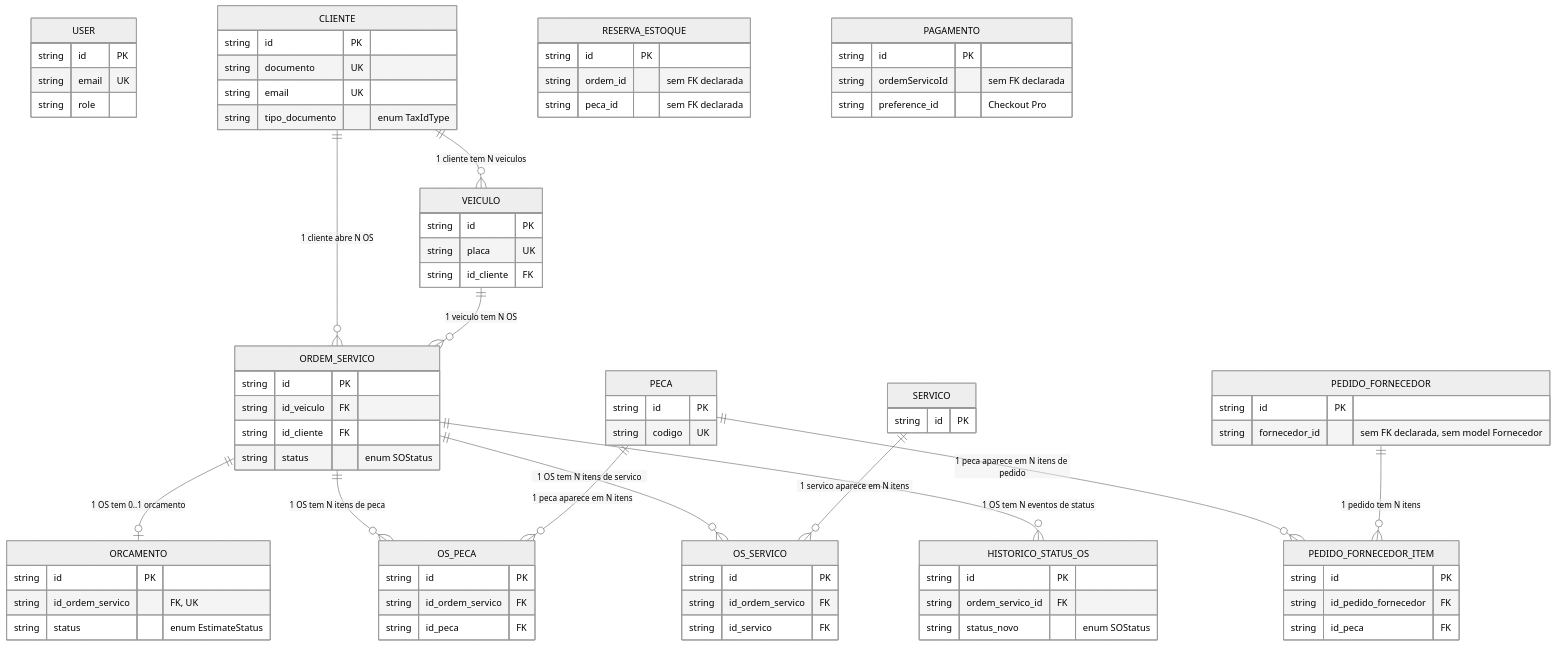
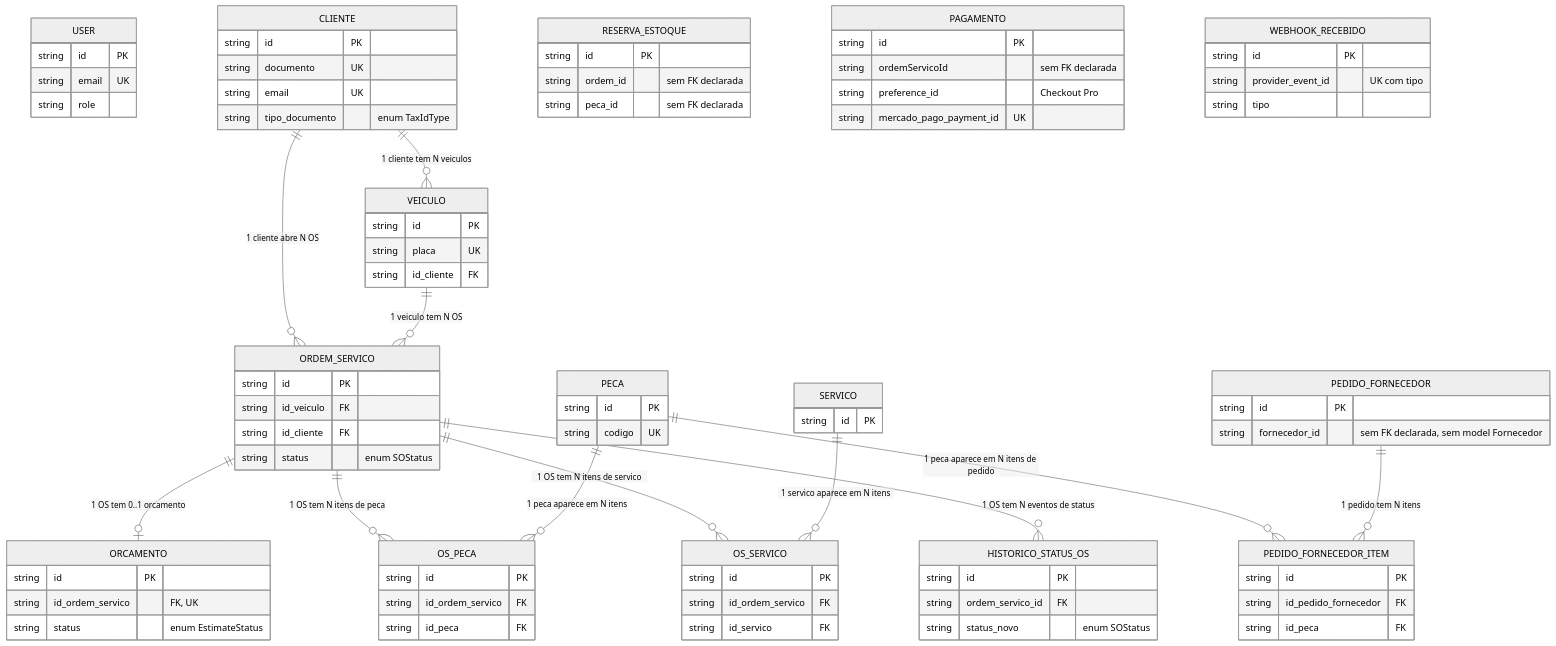
One commit to Async-And-Furious/async-furious-project changed the diagram in docs/infrastructure/database.md. Above: the diagram before and after it, drawn with Mermaid (neutral theme). The commit also changed other lines of this file and 5 other files, not shown here.

```diff
--- a/docs/infrastructure/database.md
+++ b/docs/infrastructure/database.md
@@ -102,6 +102,13 @@
         string id PK
         string ordemServicoId "sem FK declarada"
         string preference_id "Checkout Pro"
+        string mercado_pago_payment_id UK
+    }
+
+    WEBHOOK_RECEBIDO {
+        string id PK
+        string provider_event_id "UK com tipo"
+        string tipo
     }
 
     HISTORICO_STATUS_OS {
```
